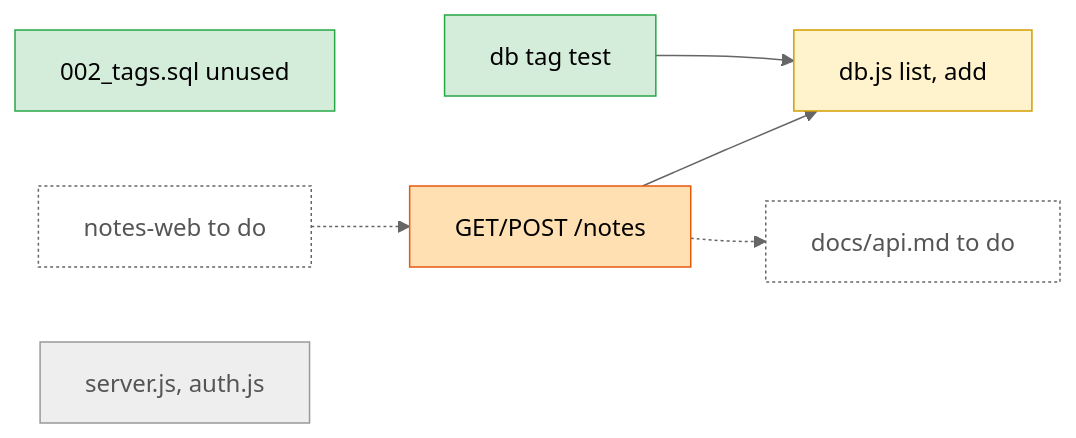
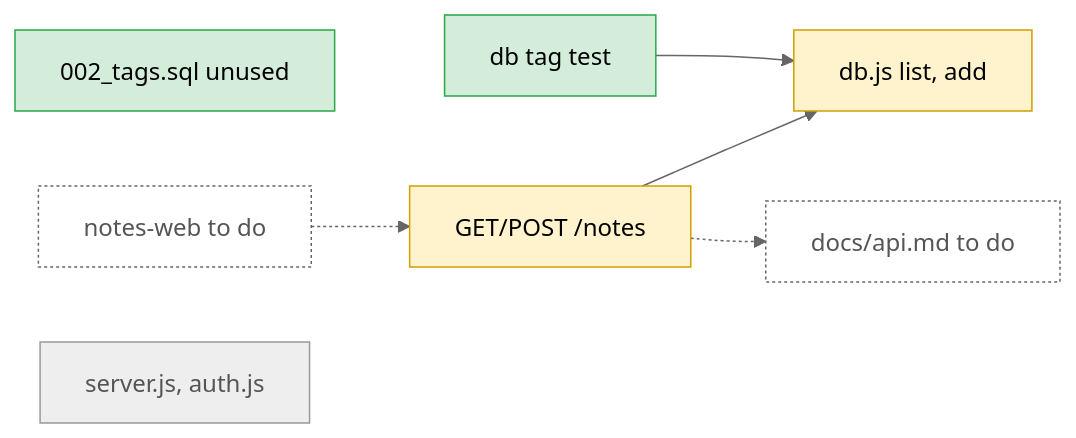
One commit to BaiGanio/skills changed the fourth of 5 diagrams in skills/blast-radius/examples/example-before-after.md. Above: the diagram before and after it, drawn with Mermaid (neutral theme). The commit also changed other lines of this file and 1 other file, not shown here.

````diff
--- a/skills/blast-radius/examples/example-before-after.md
+++ b/skills/blast-radius/examples/example-before-after.md
@@ -159,15 +159,14 @@
 ```mermaid
 flowchart LR
-  Route[GET/POST /notes]:::l --> Store[db.js list, add]:::m
+  Route[GET/POST /notes]:::m --> Store[db.js list, add]:::m
   Test[db tag test]:::s --> Store
   Mig[002_tags.sql unused]:::s
   Route -.-> Doc[docs/api.md to do]
   Web[notes-web to do] -.-> Route
   Server[server.js, auth.js]:::same
   class Doc,Web todo
   classDef s fill:#d4edda,stroke:#28a745,color:#000
   classDef m fill:#fff3cd,stroke:#d39e00,color:#000
-  classDef l fill:#ffe0b2,stroke:#e8590c,color:#000
   classDef same fill:#eeeeee,stroke:#999999,color:#555
   classDef todo fill:#ffffff,stroke:#666666,color:#555,stroke-dasharray: 2 2
 ```
````
